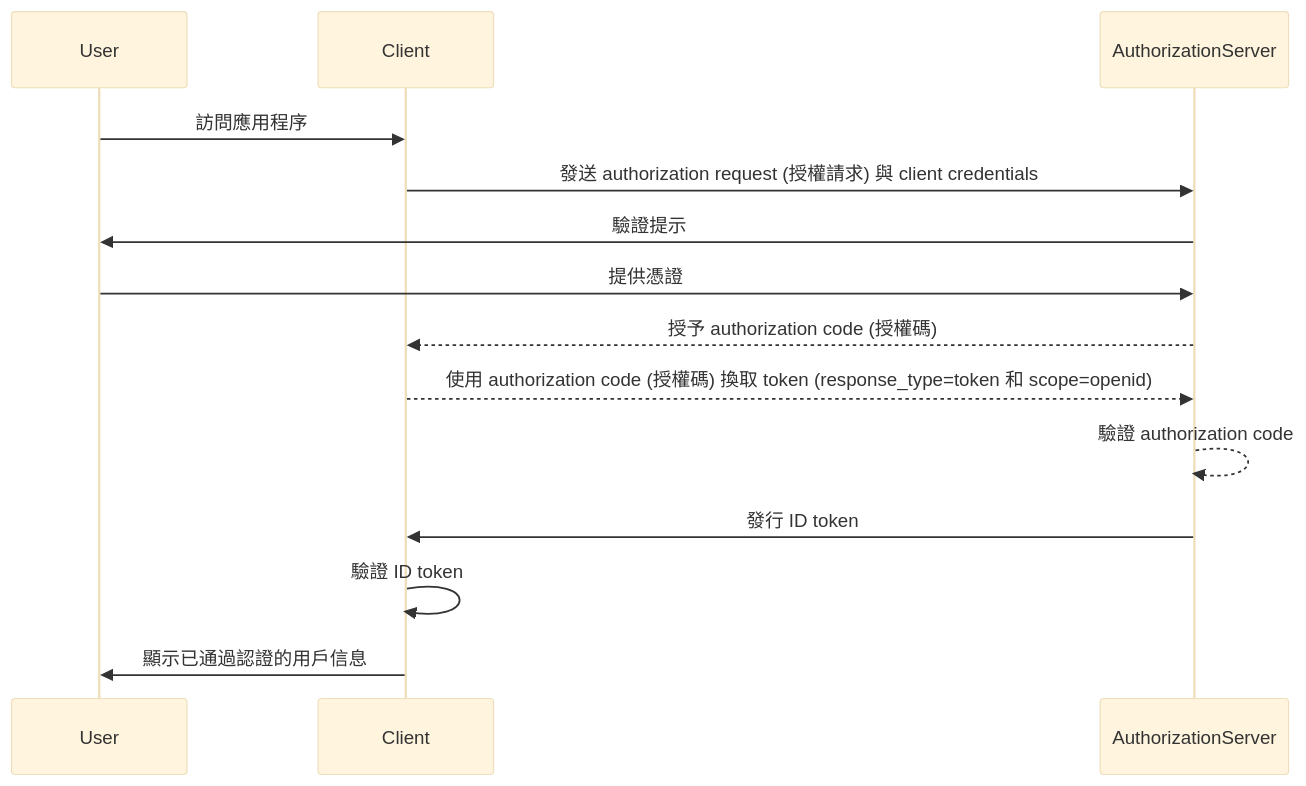
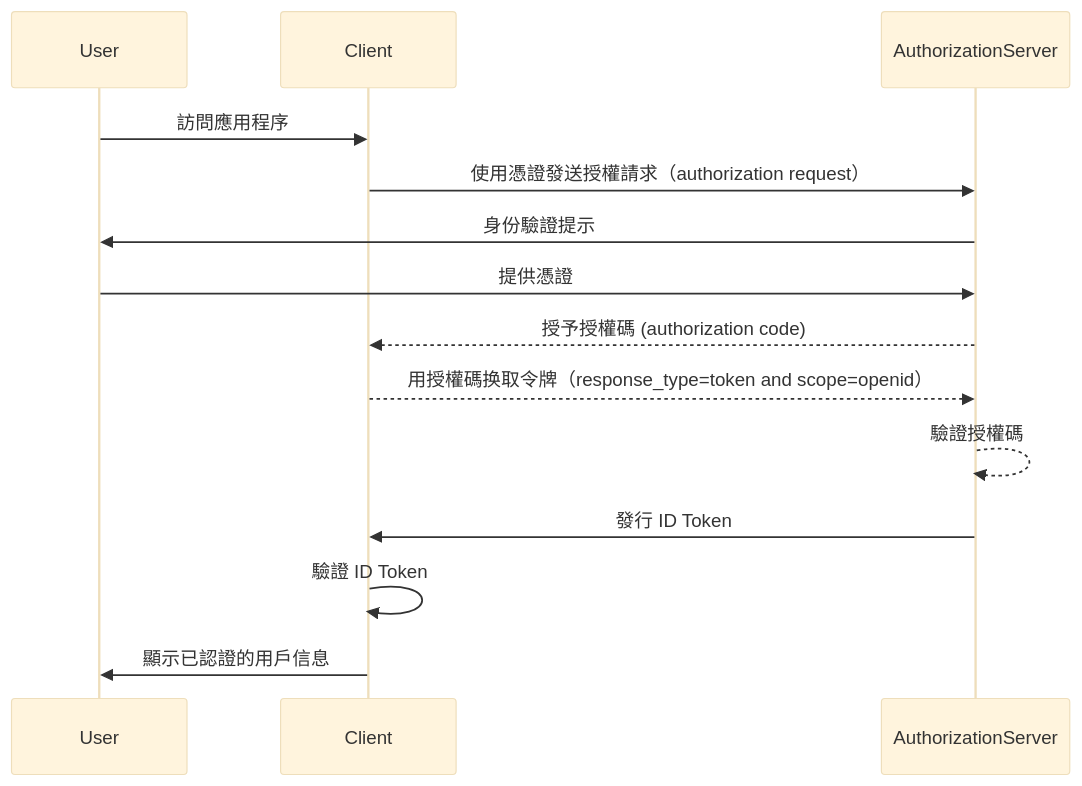
One commit to logto-io/auth-wiki changed the diagram in src/content/terms/zh-Hant/id-token.mdx. Above: the diagram before and after it, drawn with Mermaid (base theme). The commit also changed other lines of this file and 48 other files, not shown here.

````diff
--- a/src/content/terms/zh-Hant/id-token.mdx
+++ b/src/content/terms/zh-Hant/id-token.mdx
@@ -19,17 +19,17 @@
 ```mermaid
 sequenceDiagram
     participant User
     participant Client
     participant AuthorizationServer
 
     User->>Client: 訪問應用程序
-    Client->>AuthorizationServer: 發送 authorization request (授權請求) 與 client credentials
-    AuthorizationServer->>User: 驗證提示
+    Client->>AuthorizationServer: 使用憑證發送授權請求（authorization request）
+    AuthorizationServer->>User: 身份驗證提示
     User->>AuthorizationServer: 提供憑證
-    AuthorizationServer-->>Client: 授予 authorization code (授權碼)
-    Client-->>AuthorizationServer: 使用 authorization code (授權碼) 換取 token (response_type=token 和 scope=openid)
-    AuthorizationServer-->>AuthorizationServer: 驗證 authorization code
-    AuthorizationServer->>Client: 發行 ID token
-    Client->>Client: 驗證 ID token
-    Client->>User: 顯示已通過認證的用戶信息
+    AuthorizationServer-->>Client: 授予授權碼 (authorization code)
+    Client-->>AuthorizationServer: 用授權碼换取令牌（response_type=token and scope=openid）
+    AuthorizationServer-->>AuthorizationServer: 驗證授權碼
+    AuthorizationServer->>Client: 發行 ID Token
+    Client->>Client: 驗證 ID Token
+    Client->>User: 顯示已認證的用戶信息
 ```
````
